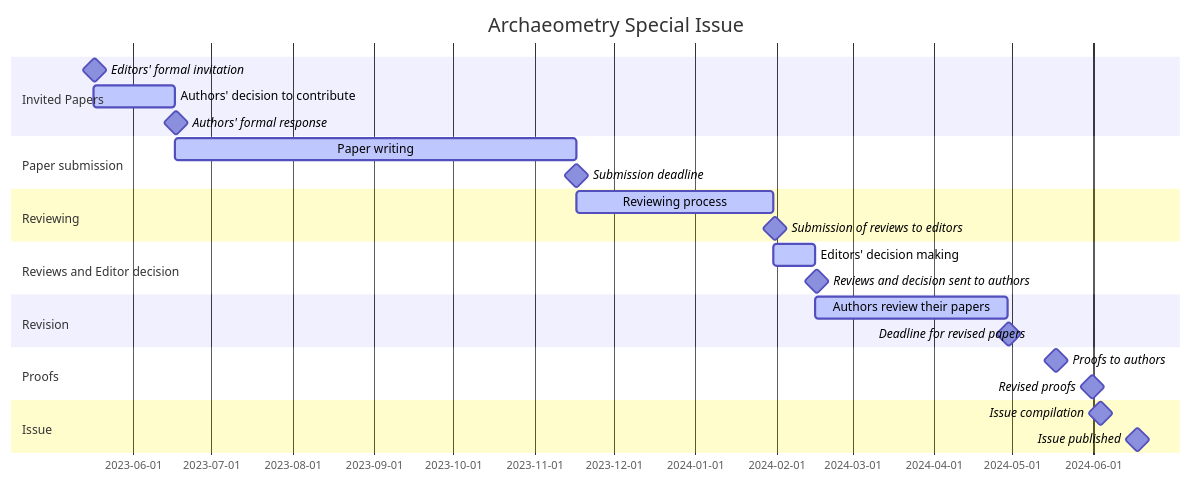
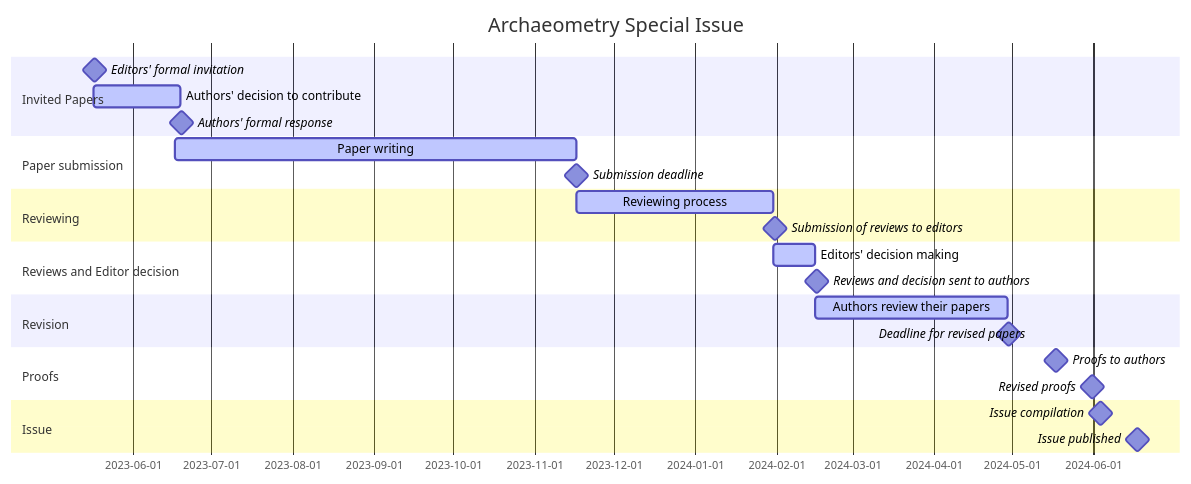
One commit to historical-time/archaeometry-si changed the diagram in README.md. Above: the diagram before and after it, drawn with Mermaid.

````diff
--- a/README.md
+++ b/README.md
@@ -11,32 +11,32 @@
 ```mermaid
 gantt
     title Archaeometry Special Issue
     dateFormat  YYYY-MM-DD
     section Invited Papers
     Editors' formal invitation                 : milestone, m0, 2023-05-17, 1d
-    Authors' decision to contribute : active, a0, 2023-05-17, 2023-06-17
-    Authors' formal response                  : milestone, m0, 2023-06-17, 1d
+    Authors' decision to contribute : active, a0, 2023-05-17, 2023-06-19
+    Authors' formal response                  : milestone, m0, 2023-06-19, 1d
     %% section Short paper description
     %% Request short paper description  : milestone, m0, 2023-06-19, 1d
     %% Deadline short paper description : milestone, m0, 2023-07-18, 1d
     %% Editor feedback letter           : milestone, m1, 2023-07-21, 1d
     section Paper submission
     Paper writing                    : active, a0, 2023-06-17, 2023-11-17
     Submission deadline              : milestone, m9, 2023-11-17, 1d %% Soft deadline
     %% Hard deadline                 : milestone, m9, 2023-11-30, 1d %% Hard deadline
     section Reviewing
     Reviewing process                  : active, a1, 2023-11-17, 2024-01-31
     Submission of reviews to editors   : milestone, m1, 2024-01-31, 1d
     section Reviews and Editor decision
     Editors' decision making              : active, a2, 2024-01-31, 2024-02-16
     Reviews and decision sent to authors  : milestone, m2, 2024-02-16, 1d
     section Revision
     Authors review their papers       : active, a3, 2024-02-16, 2024-04-29
     Deadline for revised papers       : milestone, m2, 2024-04-29, 1d
     section Proofs
     Proofs to authors                : milestone, m2, 2024-05-17, 1d
     Revised proofs                   : milestone, m2, 2024-05-31, 1d
     section Issue
     Issue compilation                : milestone, m2, 2024-06-03, 1d
     Issue published                  : milestone, m2, 2024-06-17, 1d
 ```
````
